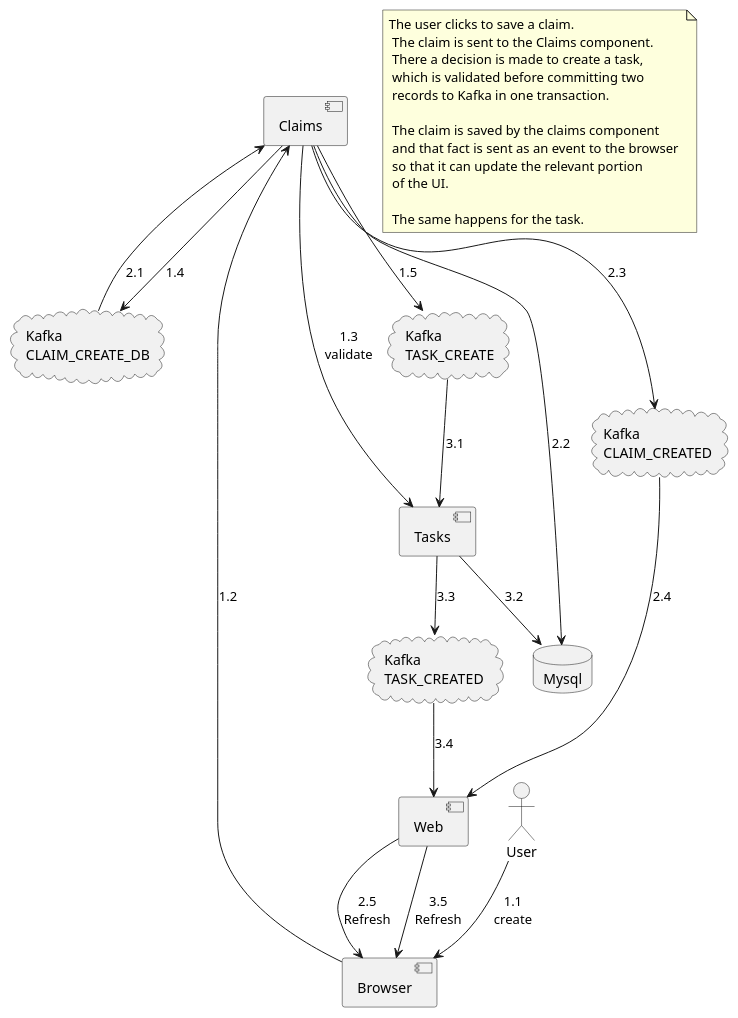
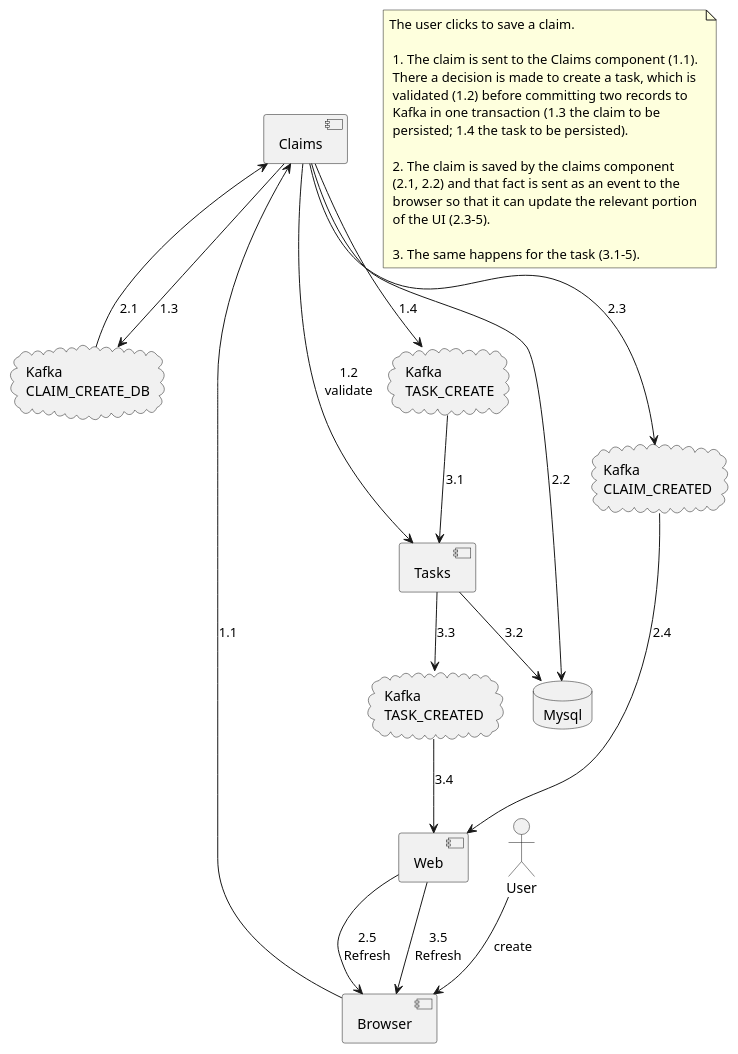
The diagram in architecture_create_claim_simple.puml (maxant/kafka-data-consistency), drawn with PlantUML before and after one commit.

Commit message:
added uml

```diff
--- a/architecture_create_claim_simple.puml
+++ b/architecture_create_claim_simple.puml
@@ -1,32 +1,32 @@
 @startuml
 
 skinparam componentStyle uml2
 
 database Mysql
 cloud "Kafka\nCLAIM_CREATE_DB"
 cloud "Kafka\nCLAIM_CREATED"
 cloud "Kafka\nTASK_CREATE"
 cloud "Kafka\nTASK_CREATED"
 actor User
 
-note "The user clicks to save a claim. \n The claim is sent to the Claims component. \n There a decision is made to create a task, \n which is validated before committing two \n records to Kafka in one transaction. \n  \n The claim is saved by the claims component \n and that fact is sent as an event to the browser \n so that it can update the relevant portion \n of the UI. \n \n The same happens for the task." as N
+note "The user clicks to save a claim. \n \n 1. The claim is sent to the Claims component (1.1). \n There a decision is made to create a task, which is \n validated (1.2) before committing two records to \n Kafka in one transaction (1.3 the claim to be \n persisted; 1.4 the task to be persisted). \n  \n 2. The claim is saved by the claims component \n (2.1, 2.2) and that fact is sent as an event to the \n browser so that it can update the relevant portion \n of the UI (2.3-5). \n \n 3. The same happens for the task (3.1-5)." as N
 
-User --> [Browser] : 1.1\ncreate
-[Browser] --> [Claims] : 1.2
-[Claims] --> [Tasks] : 1.3\nvalidate
-[Claims] --> [Kafka\nCLAIM_CREATE_DB] : 1.4
-[Claims] --> [Kafka\nTASK_CREATE] : 1.5
+User --> [Browser] : create
+[Browser] --> [Claims] : 1.1
+[Claims] --> [Tasks] : 1.2\nvalidate
+[Claims] --> [Kafka\nCLAIM_CREATE_DB] : 1.3
+[Claims] --> [Kafka\nTASK_CREATE] : 1.4
 
 [Kafka\nCLAIM_CREATE_DB] --> [Claims] : 2.1
 [Claims] --> [Mysql] : 2.2
 [Claims] --> [Kafka\nCLAIM_CREATED] : 2.3
 [Kafka\nCLAIM_CREATED] --> [Web] : 2.4
 [Web] --> [Browser] : 2.5\nRefresh
 
 [Kafka\nTASK_CREATE] --> [Tasks] : 3.1
 [Tasks] --> [Mysql] : 3.2
 [Tasks] --> [Kafka\nTASK_CREATED] : 3.3
 [Kafka\nTASK_CREATED] --> [Web] : 3.4
 [Web] --> [Browser] : 3.5\nRefresh
 
 @enduml
```
